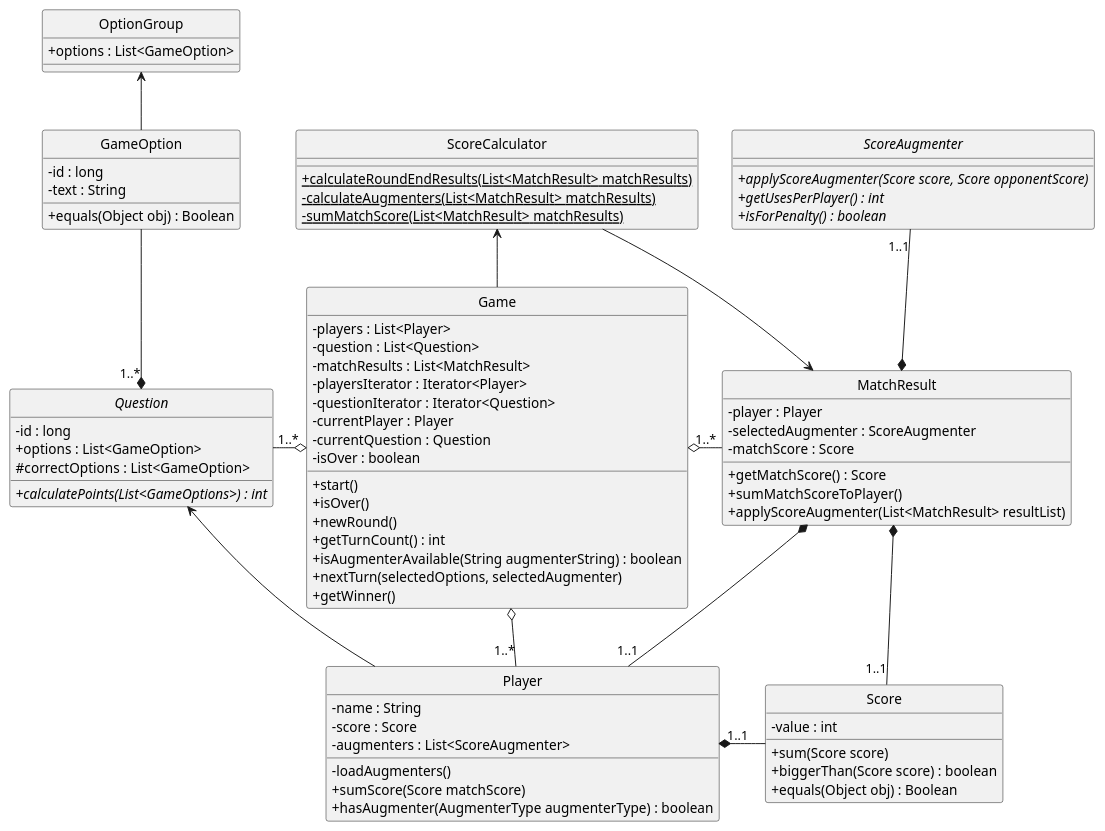
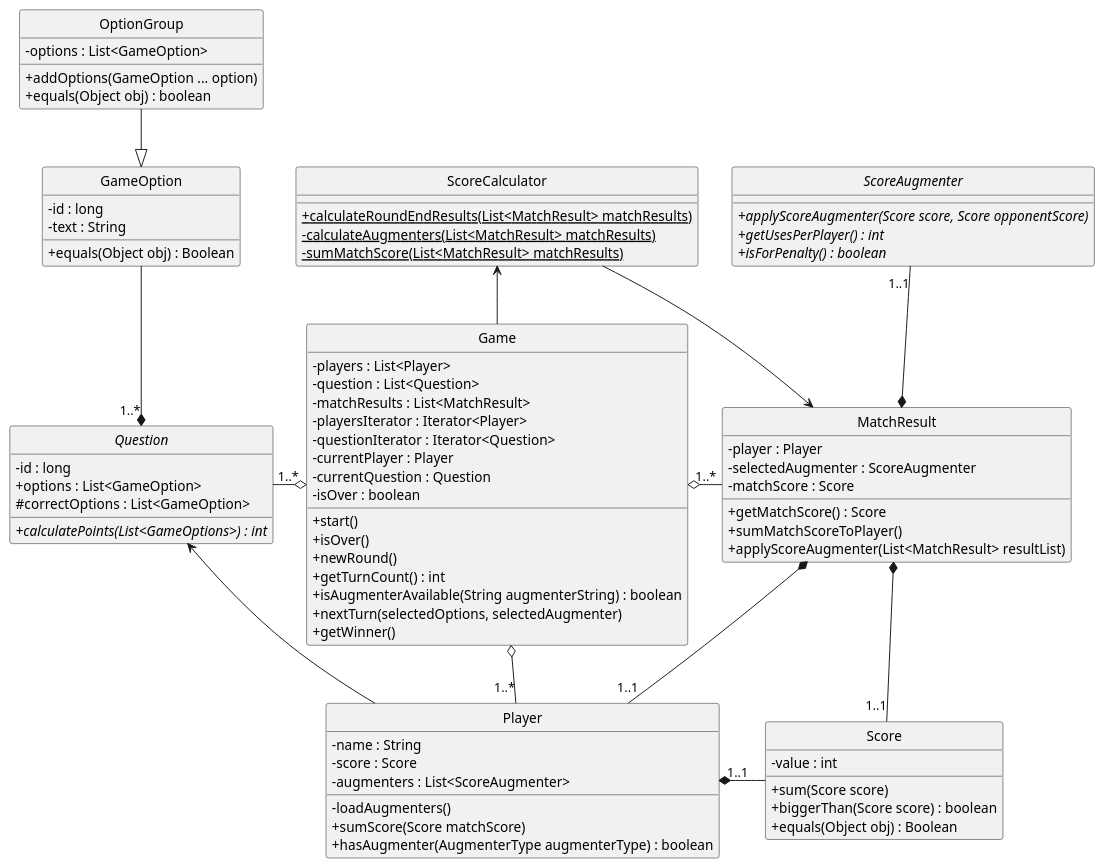
The diagram in docs/diagramaClases-Principal-TP2.plantuml (GEscandar/TP2-Kahoot), drawn with PlantUML before and after one commit. The commit also changed 3 other files, not shown here.

Commit message:
Corrección diagramas de clase

```diff
--- a/docs/diagramaClases-Principal-TP2.plantuml
+++ b/docs/diagramaClases-Principal-TP2.plantuml
@@ -1,96 +1,98 @@
 @startuml DiagramaUML-Clases-TP2
 hide circle
 skinparam classAttributeIconSize 0
 
 abstract Question{
     - id : long
     + options : List<GameOption>
     # correctOptions : List<GameOption>
     + {abstract}calculatePoints(List<GameOptions>) : int
 }
 
 class GameOption{
     - id : long
 	- text : String
     + equals(Object obj) : Boolean
 }
 
 class OptionGroup{
-    + options : List<GameOption>
+    - options : List<GameOption>
+    + addOptions(GameOption ... option)
+    + equals(Object obj) : boolean
 }
 
 class MatchResult{
     - player : Player
 	- selectedAugmenter : ScoreAugmenter
 	- matchScore : Score
     + getMatchScore() : Score
     + sumMatchScoreToPlayer()
     + applyScoreAugmenter(List<MatchResult> resultList) 
 }
 
 class Score{
     - value : int
     + sum(Score score)
     + biggerThan(Score score) : boolean
     + equals(Object obj) : Boolean
 }
 
 class Game{	
     - players : List<Player>
 	- question : List<Question>
     - matchResults : List<MatchResult>
     - playersIterator : Iterator<Player>
     - questionIterator : Iterator<Question>
 	- currentPlayer : Player
     - currentQuestion : Question
     - isOver : boolean
     + start()
     + isOver()
     + newRound()
     + getTurnCount() : int
     + isAugmenterAvailable(String augmenterString) : boolean
     + nextTurn(selectedOptions, selectedAugmenter)
     + getWinner()
 }
 
 class ScoreCalculator{
     + {static} calculateRoundEndResults(List<MatchResult> matchResults)
 	- {static} calculateAugmenters(List<MatchResult> matchResults)
     - {static} sumMatchScore(List<MatchResult> matchResults)
 }
 
 class Player{
     - name : String
 	- score : Score
     - augmenters : List<ScoreAugmenter>
 	- loadAugmenters()
     + sumScore(Score matchScore)
     + hasAugmenter(AugmenterType augmenterType) : boolean
 }
 
 abstract ScoreAugmenter{
     + {abstract}applyScoreAugmenter(Score score, Score opponentScore)
     + {abstract}getUsesPerPlayer() : int 
     + {abstract}isForPenalty() : boolean
 }
 
 
 Game  o--left"1..*"  Question
 Game o--"1..*"  Player
 Game o--right"1..*"  MatchResult
 Game --up> ScoreCalculator
 
 MatchResult *--up"1..1" ScoreAugmenter
 MatchResult *--"1..1" Player
 MatchResult *--down"1..1" Score 
 
 ScoreCalculator --> MatchResult
 
 Player --up> Question
 
 Player "1..1"*--right Score
 
 Question "1..*"*--up GameOption
-GameOption --up> OptionGroup
+OptionGroup --down|> GameOption
 
 @enduml
```
